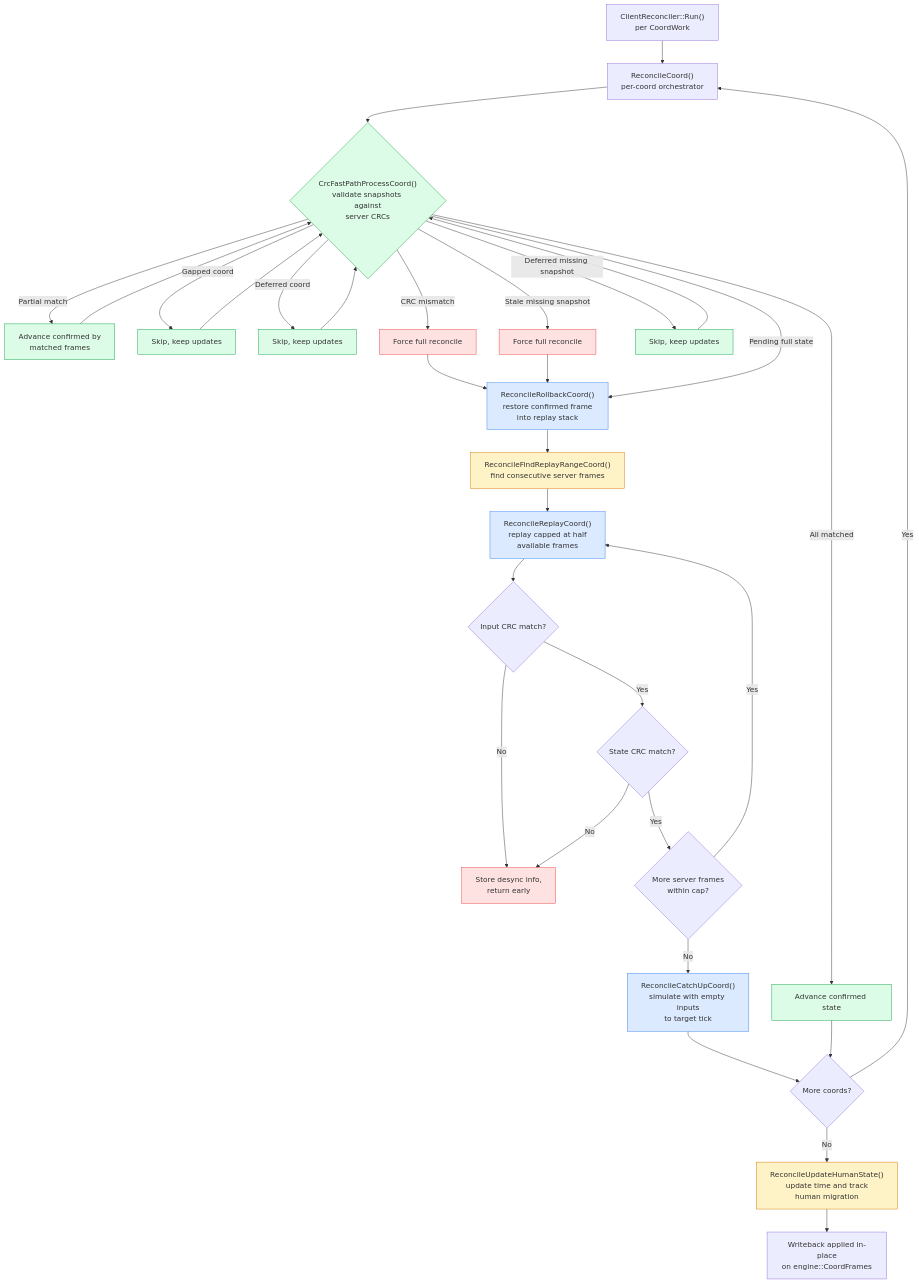
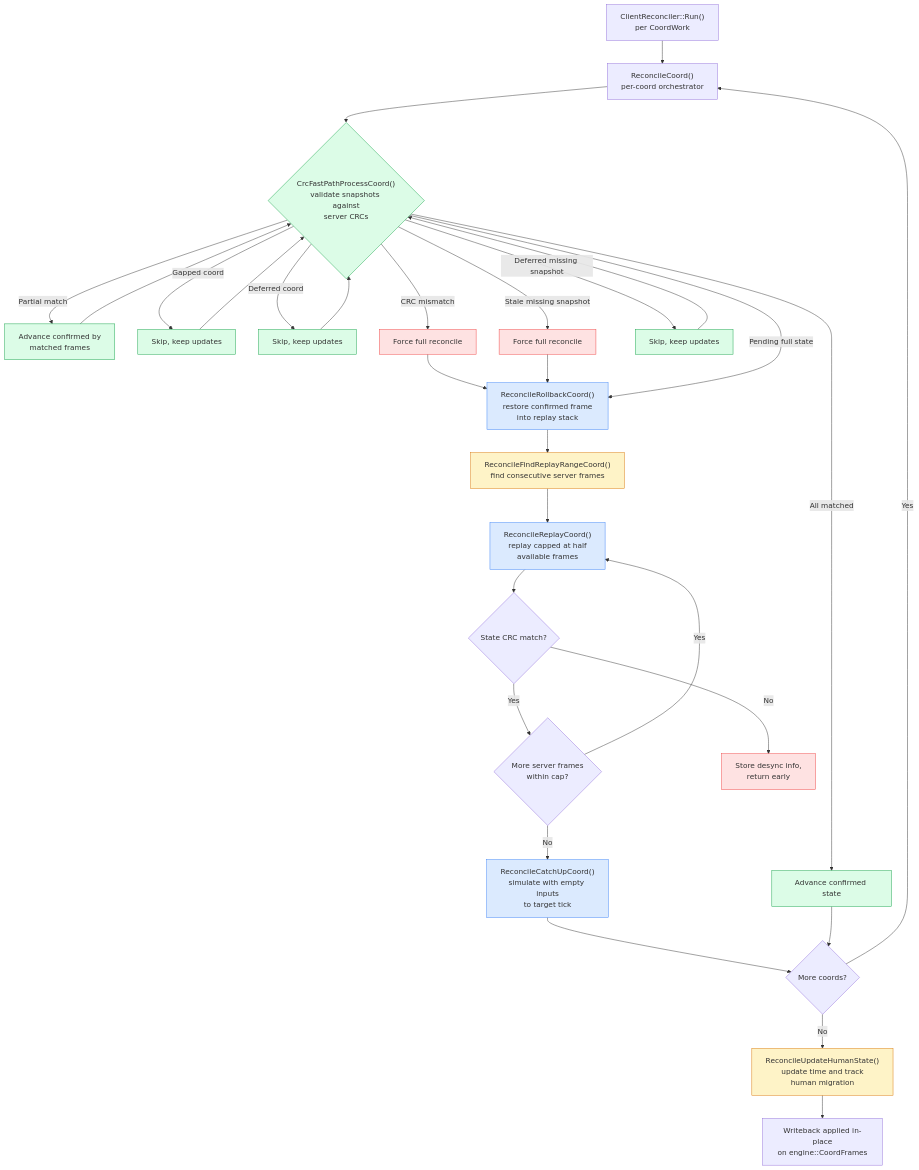
One commit to DougTanner/BrokenEnginePublic changed the first of 5 diagrams in Documents/Architecture/GameReconciliation.md. Above: the diagram before and after it, drawn with Mermaid. The commit also changed 38 other files, not shown here.

````diff
--- a/Documents/Architecture/GameReconciliation.md
+++ b/Documents/Architecture/GameReconciliation.md
@@ -9,52 +9,50 @@
 ```mermaid
 %%{init: {'theme': 'default'}}%%
 flowchart TD
     classDef fastpath fill:#dcfce7,stroke:#16a34a
     classDef replay fill:#dbeafe,stroke:#3b82f6
     classDef error fill:#fee2e2,stroke:#ef4444
     classDef state fill:#fef3c7,stroke:#d97706
 
     START["ClientReconciler::Run()<br/>per CoordWork"] --> COORD["ReconcileCoord()<br/>per-coord orchestrator"]
 
     COORD --> CRC
 
     CRC{"CrcFastPathProcessCoord()<br/>validate snapshots against<br/>server CRCs"}:::fastpath
     CRC -->|"All matched"| FASTDONE["Advance confirmed state"]:::fastpath
     CRC -->|"Partial match"| PARTIAL["Advance confirmed by<br/>matched frames"]:::fastpath
     PARTIAL --> CRC
     CRC -->|"Gapped coord"| GAPSKIP["Skip, keep updates"]:::fastpath
     GAPSKIP --> CRC
     CRC -->|"Deferred coord"| DEFERRED["Skip, keep updates"]:::fastpath
     DEFERRED --> CRC
     CRC -->|"CRC mismatch"| MISMATCH["Force full reconcile"]:::error
     MISMATCH --> ROLLBACK
     CRC -->|"Stale missing snapshot"| STALENOSNAPSHOT["Force full reconcile"]:::error
     STALENOSNAPSHOT --> ROLLBACK
     CRC -->|"Deferred missing snapshot"| DEFNOSNAPSHOT["Skip, keep updates"]:::fastpath
     DEFNOSNAPSHOT --> CRC
     CRC -->|"Pending full state"| ROLLBACK
 
     ROLLBACK["ReconcileRollbackCoord()<br/>restore confirmed frame<br/>into replay stack"]:::replay --> FINDRANGE
 
     FINDRANGE["ReconcileFindReplayRangeCoord()<br/>find consecutive server frames"]:::state --> REPLAY
 
     REPLAY["ReconcileReplayCoord()<br/>replay capped at half<br/>available frames"]:::replay
 
-    REPLAY --> INPUTCRC{"Input CRC match?"}
-    INPUTCRC -->|"No"| DESYNC
-    INPUTCRC -->|"Yes"| CRCCHECK{"State CRC match?"}
+    REPLAY --> CRCCHECK{"State CRC match?"}
     CRCCHECK -->|"Yes"| NEXTSRV{"More server frames<br/>within cap?"}
     CRCCHECK -->|"No"| DESYNC["Store desync info,<br/>return early"]:::error
 
     NEXTSRV -->|"Yes"| REPLAY
     NEXTSRV -->|"No"| CATCHUP
 
     CATCHUP["ReconcileCatchUpCoord()<br/>simulate with empty inputs<br/>to target tick"]:::replay
 
     CATCHUP --> NEXTCOORD{"More coords?"}
     NEXTCOORD -->|"Yes"| COORD
     NEXTCOORD -->|"No"| HUMAN["ReconcileUpdateHumanState()<br/>update time and track<br/>human migration"]:::state
 
     HUMAN --> DONE["Writeback applied in-place<br/>on engine::CoordFrames"]
     FASTDONE --> NEXTCOORD
 ```
````
